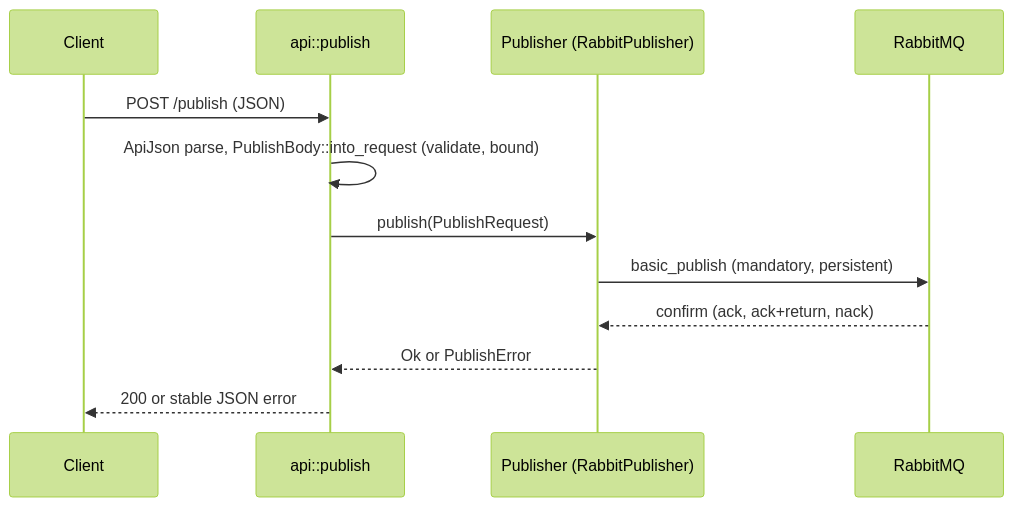
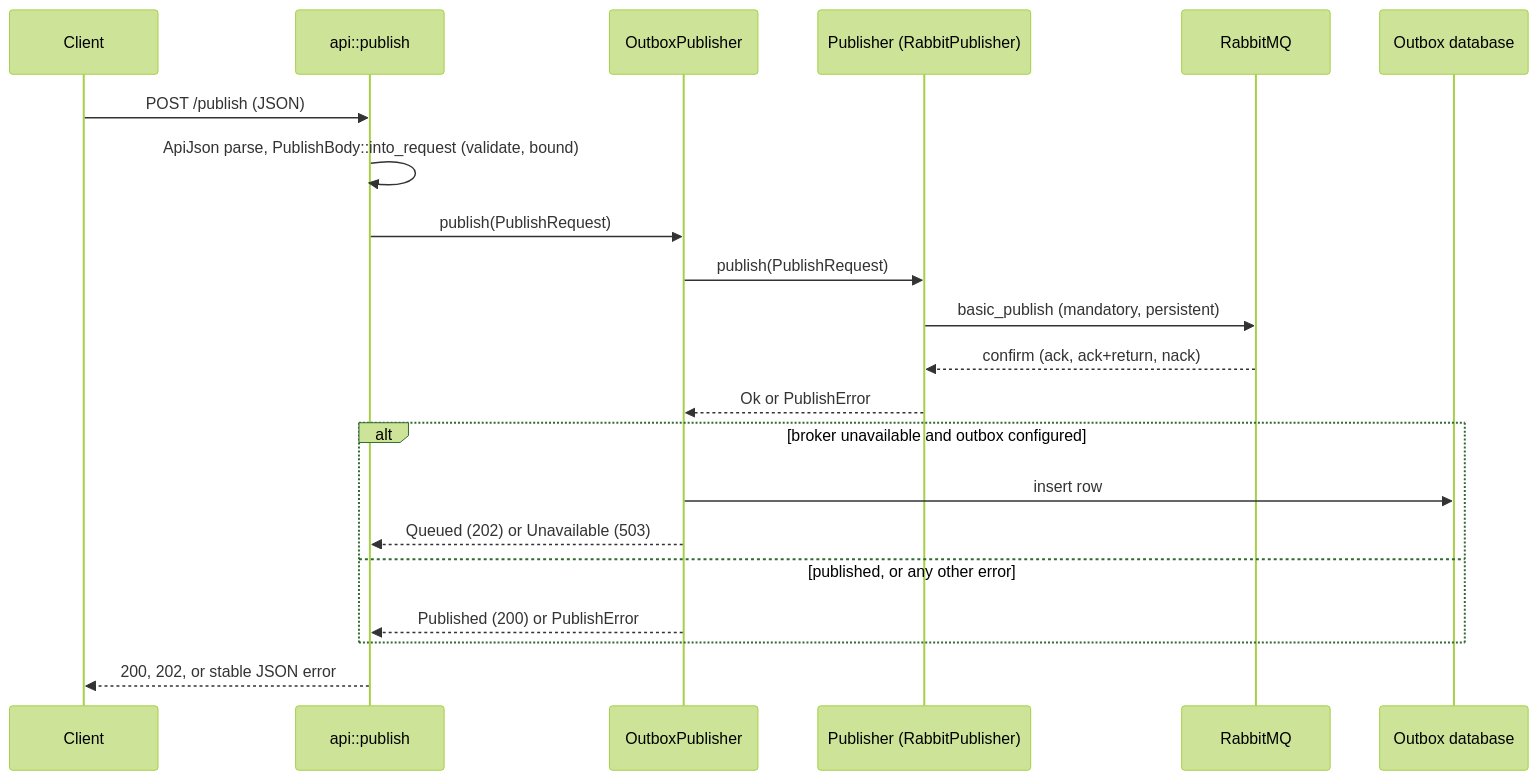
One commit to iamyusuf/hypermq changed the second of 2 diagrams in docs/dev/developer-guide.md. Above: the diagram before and after it, drawn with Mermaid (forest theme). The commit also changed other lines of this file and 27 other files, not shown here.

````diff
--- a/docs/dev/developer-guide.md
+++ b/docs/dev/developer-guide.md
@@ -180,14 +222,23 @@
 ```mermaid
 sequenceDiagram
     participant C as Client
     participant H as api::publish
+    participant O as OutboxPublisher
     participant P as Publisher (RabbitPublisher)
     participant R as RabbitMQ
+    participant D as Outbox database
     C->>H: POST /publish (JSON)
     H->>H: ApiJson parse, PublishBody::into_request (validate, bound)
-    H->>P: publish(PublishRequest)
+    H->>O: publish(PublishRequest)
+    O->>P: publish(PublishRequest)
     P->>R: basic_publish (mandatory, persistent)
     R-->>P: confirm (ack, ack+return, nack)
-    P-->>H: Ok or PublishError
-    H-->>C: 200 or stable JSON error
+    P-->>O: Ok or PublishError
+    alt broker unavailable and outbox configured
+        O->>D: insert row
+        O-->>H: Queued (202) or Unavailable (503)
+    else published, or any other error
+        O-->>H: Published (200) or PublishError
+    end
+    H-->>C: 200, 202, or stable JSON error
 ```
````
